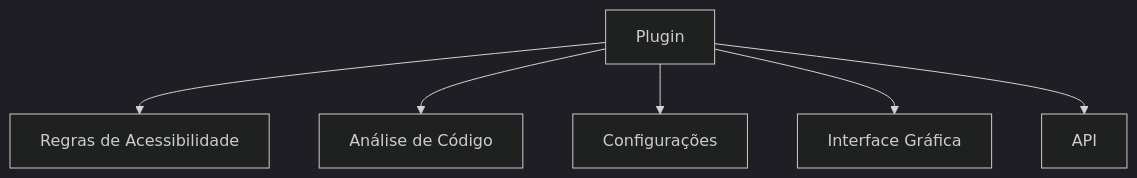
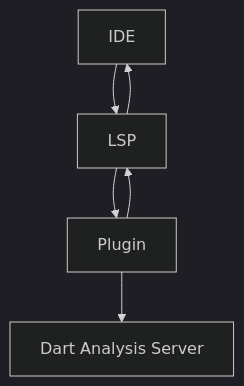
One commit to MateuxLucax/undergraduate-thesis changed the fourth of 5 diagrams in Assets/Diagramas.md. Above: the diagram before and after it, drawn with Mermaid (dark theme). The commit also changed other lines of this file and 9 other files, not shown here.

````diff
--- a/Assets/Diagramas.md
+++ b/Assets/Diagramas.md
@@ -63,8 +63,8 @@
 ```mermaid
 graph TD
-    A[Plugin] --> B[Regras de Acessibilidade]
-    A --> C[Análise de Código]
-    A --> D[Configurações]
-    A --> E[Interface Gráfica]
-    A --> F[API]
+    A[IDE] --> B[LSP]
+    B --> C[Plugin]
+    C --> D[Dart Analysis Server]
+    C --> B
+    B --> A
 ```
````
